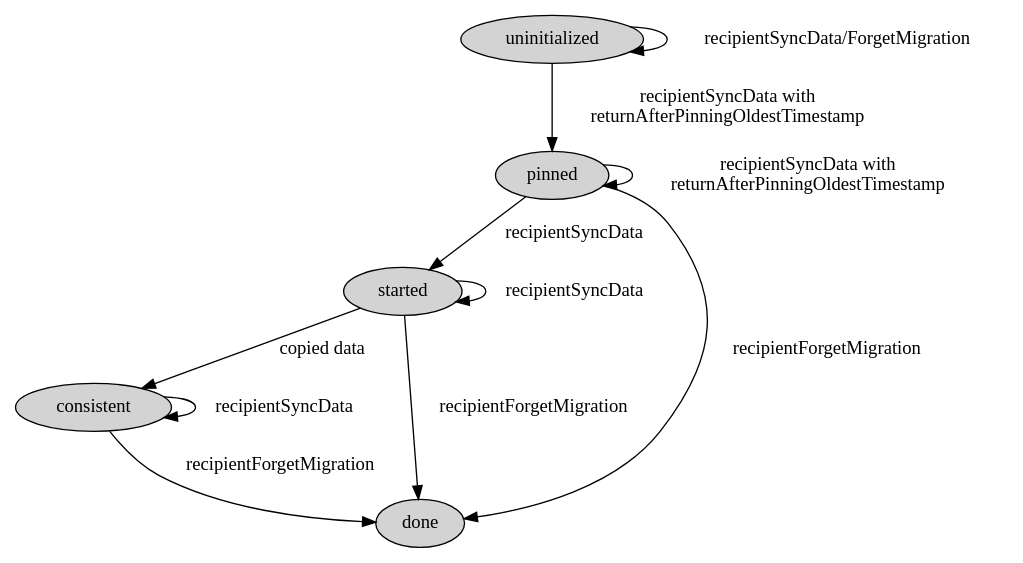
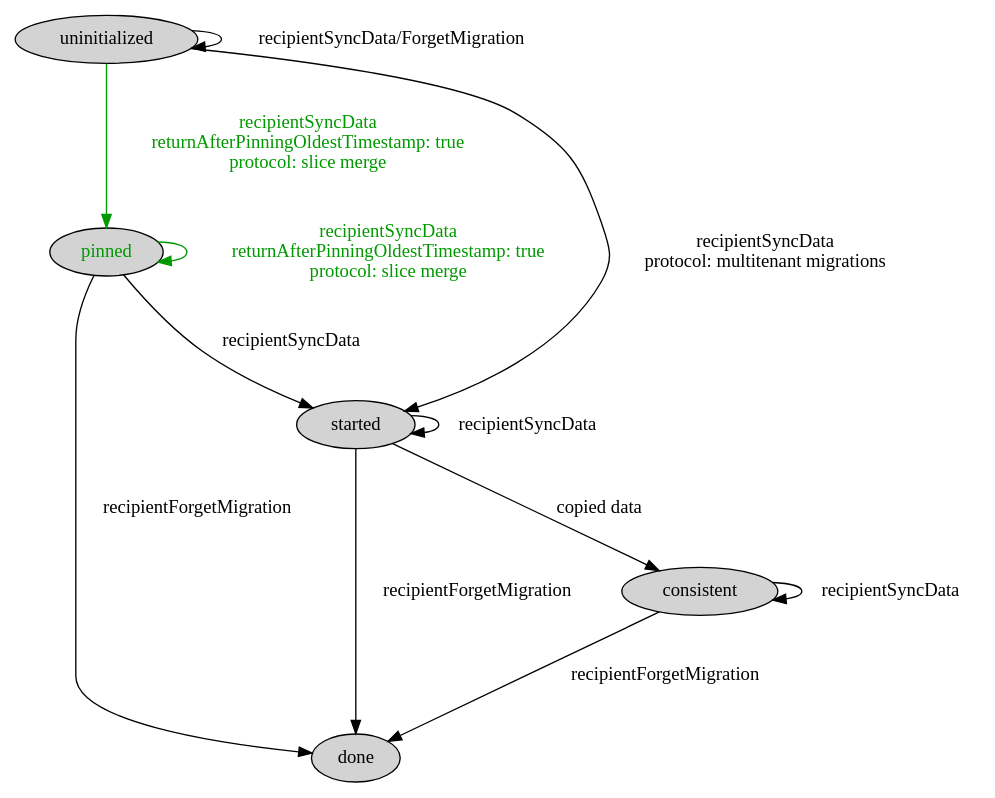
The diagram in merge-recipient.dot (ajdavis/begin-implementing-merge), drawn with Graphviz before and after one commit.

Commit message:
add protocol: multitenant migrations

```diff
--- a/merge-recipient.dot
+++ b/merge-recipient.dot
@@ -1,18 +1,20 @@
 digraph G {
 	node [style=filled];
+	edge [minlen=2];
     b0 [label="uninitialized"];
-    b5 [label="pinned"];
+    b5 [label="pinned", fontcolor="#009900"];
     b1 [label="started"];
     b2 [label="consistent"];
     b4 [label="done"];
     b0 -> b0 [label="recipientSyncData/ForgetMigration"];
-    b0 -> b5 [label="recipientSyncData with\nreturnAfterPinningOldestTimestamp"];
+    b0 -> b1 [label="recipientSyncData\nprotocol: multitenant migrations", weight=0];
+    b0 -> b5 [label="recipientSyncData\nreturnAfterPinningOldestTimestamp: true\nprotocol: slice merge"; color="#009900"; fontcolor="#009900"];
     b5 -> b1 [label="recipientSyncData"];
     b5 -> b4 [label="recipientForgetMigration"];
-    b5 -> b5 [label="recipientSyncData with\nreturnAfterPinningOldestTimestamp"];
+    b5 -> b5 [label="recipientSyncData\nreturnAfterPinningOldestTimestamp: true\nprotocol: slice merge"; color="#009900"; fontcolor="#009900"];
     b1 -> b2 [label="copied data"];
     b1 -> b1 [label="recipientSyncData"];
     b1 -> b4 [label="recipientForgetMigration"];
     b2 -> b2 [label="recipientSyncData"];
     b2 -> b4 [label="recipientForgetMigration"];
 }
```
